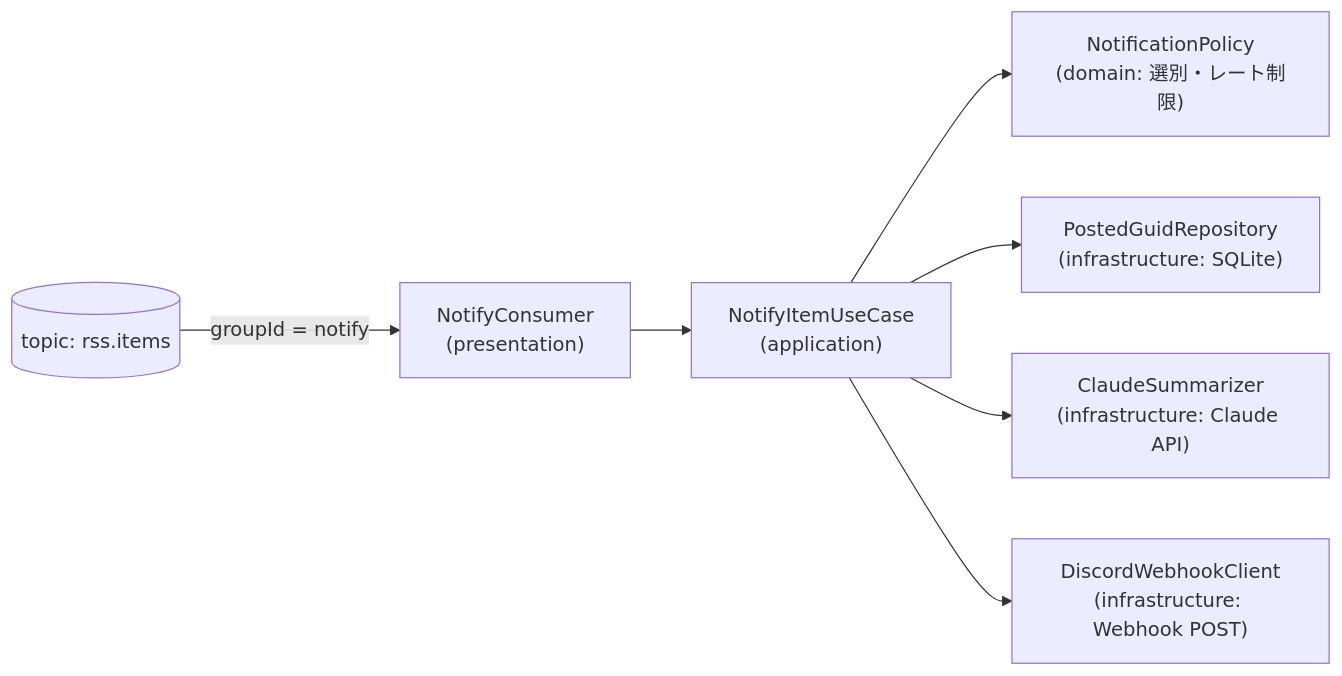
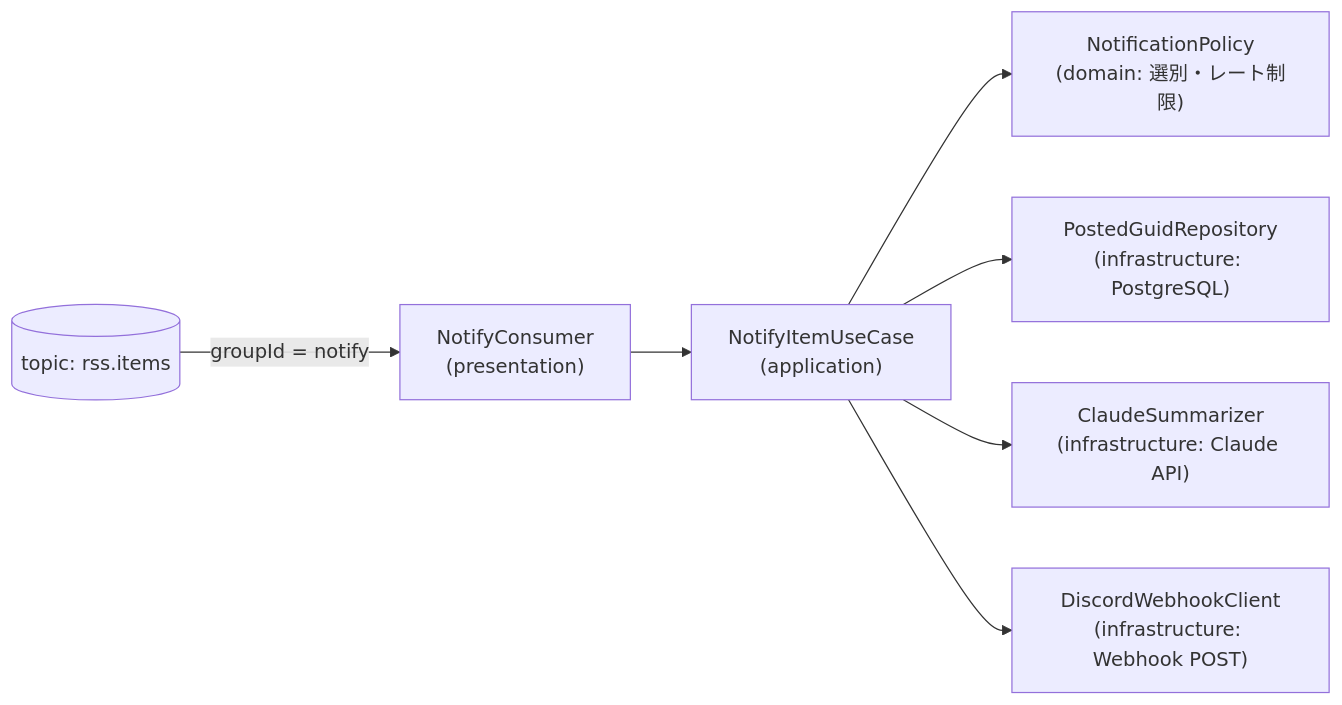
Before and after one commit to rockyh0825/tech-and-job-rss-reader: the diagram in .spec-workflow/specs/discord-notifier/design.md, drawn with Mermaid. The commit also changed other lines of this file and 4 other files, not shown here.

First line of the commit message:
spec: 現状実装に整合(private-web-access を Cloudflare Access 化 / discord-notifier を PostgreSQL 化)

````diff
--- a/.spec-workflow/specs/discord-notifier/design.md
+++ b/.spec-workflow/specs/discord-notifier/design.md
@@ -35,9 +35,9 @@
 ```mermaid
 flowchart LR
     T[("topic: rss.items")] -->|"groupId = notify"| C["NotifyConsumer<br/>(presentation)"]
     C --> U["NotifyItemUseCase<br/>(application)"]
     U --> P["NotificationPolicy<br/>(domain: 選別・レート制限)"]
-    U --> G["PostedGuidRepository<br/>(infrastructure: SQLite)"]
+    U --> G["PostedGuidRepository<br/>(infrastructure: PostgreSQL)"]
     U --> S["ClaudeSummarizer<br/>(infrastructure: Claude API)"]
     U --> D["DiscordWebhookClient<br/>(infrastructure: Webhook POST)"]
 ```
````
